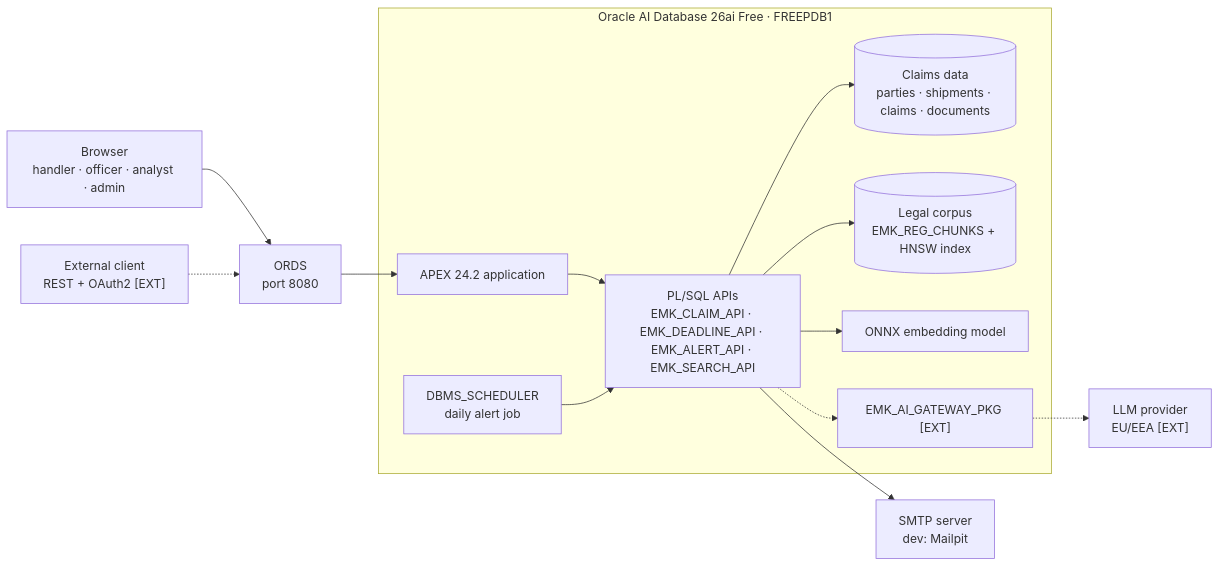
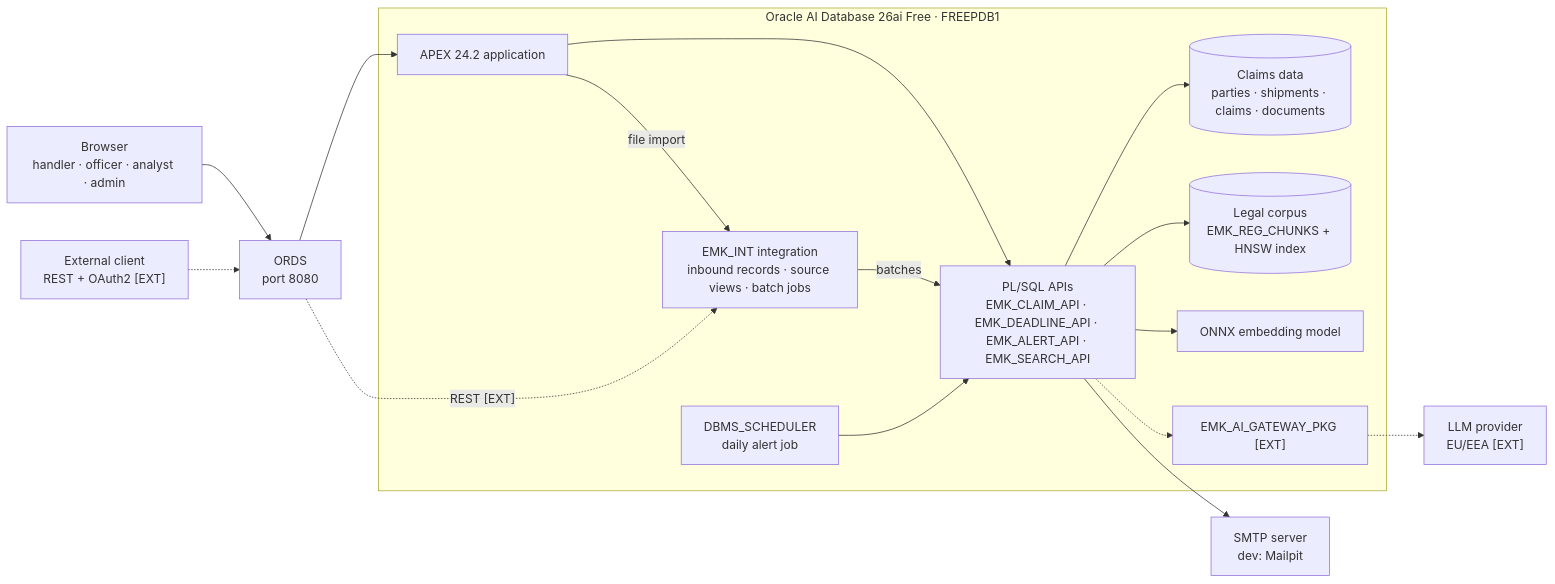
Before and after one commit to nmuller000/euromarket-claims-manager: the first of 6 diagrams in docs/spec.md, drawn with Mermaid. The commit also changed other lines of this file and 4 other files, not shown here.

First line of the commit message:
docs: ADR-007 integration schema and account hardening; spec v1.3

````diff
--- a/docs/spec.md
+++ b/docs/spec.md
@@ -29,23 +29,27 @@
 ```mermaid
 flowchart LR
     user["Browser<br/>handler · officer · analyst · admin"] --> ords["ORDS<br/>port 8080"]
     client["External client<br/>REST + OAuth2 [EXT]"] -.-> ords
     ords --> apex
     subgraph db["Oracle AI Database 26ai Free · FREEPDB1"]
         apex["APEX 24.2 application"]
         api["PL/SQL APIs<br/>EMK_CLAIM_API · EMK_DEADLINE_API · EMK_ALERT_API · EMK_SEARCH_API"]
         data[("Claims data<br/>parties · shipments · claims · documents")]
         corpus[("Legal corpus<br/>EMK_REG_CHUNKS + HNSW index")]
         onnx["ONNX embedding model"]
         job["DBMS_SCHEDULER<br/>daily alert job"]
         gw["EMK_AI_GATEWAY_PKG [EXT]"]
+        integ["EMK_INT integration<br/>inbound records · source views · batch jobs"]
         apex --> api
+        apex -->|file import| integ
+        integ -->|batches| api
         api --> data
         api --> corpus
         api --> onnx
         job --> api
         api -.-> gw
     end
+    ords -.->|"REST [EXT]"| integ
     api --> smtp["SMTP server<br/>dev: Mailpit"]
     gw -.-> llm["LLM provider<br/>EU/EEA [EXT]"]
 ```
````
